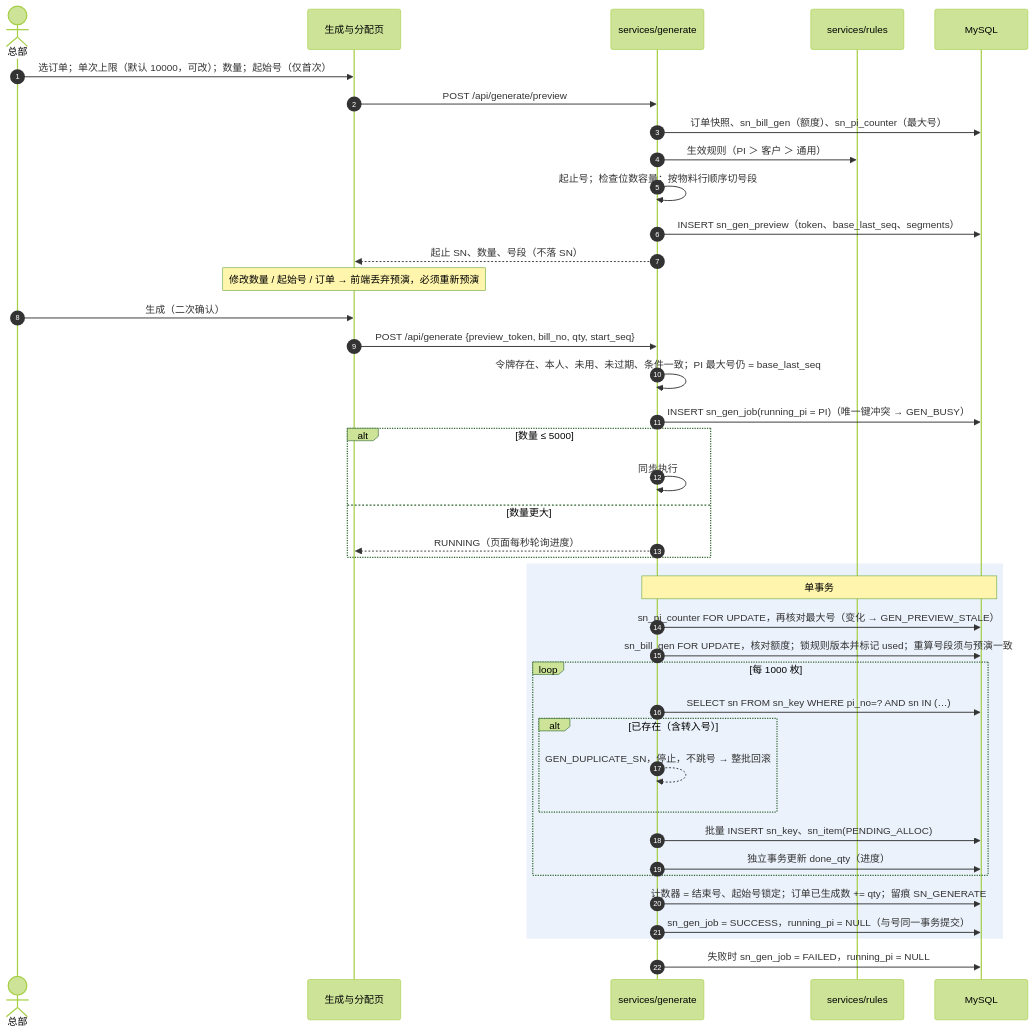
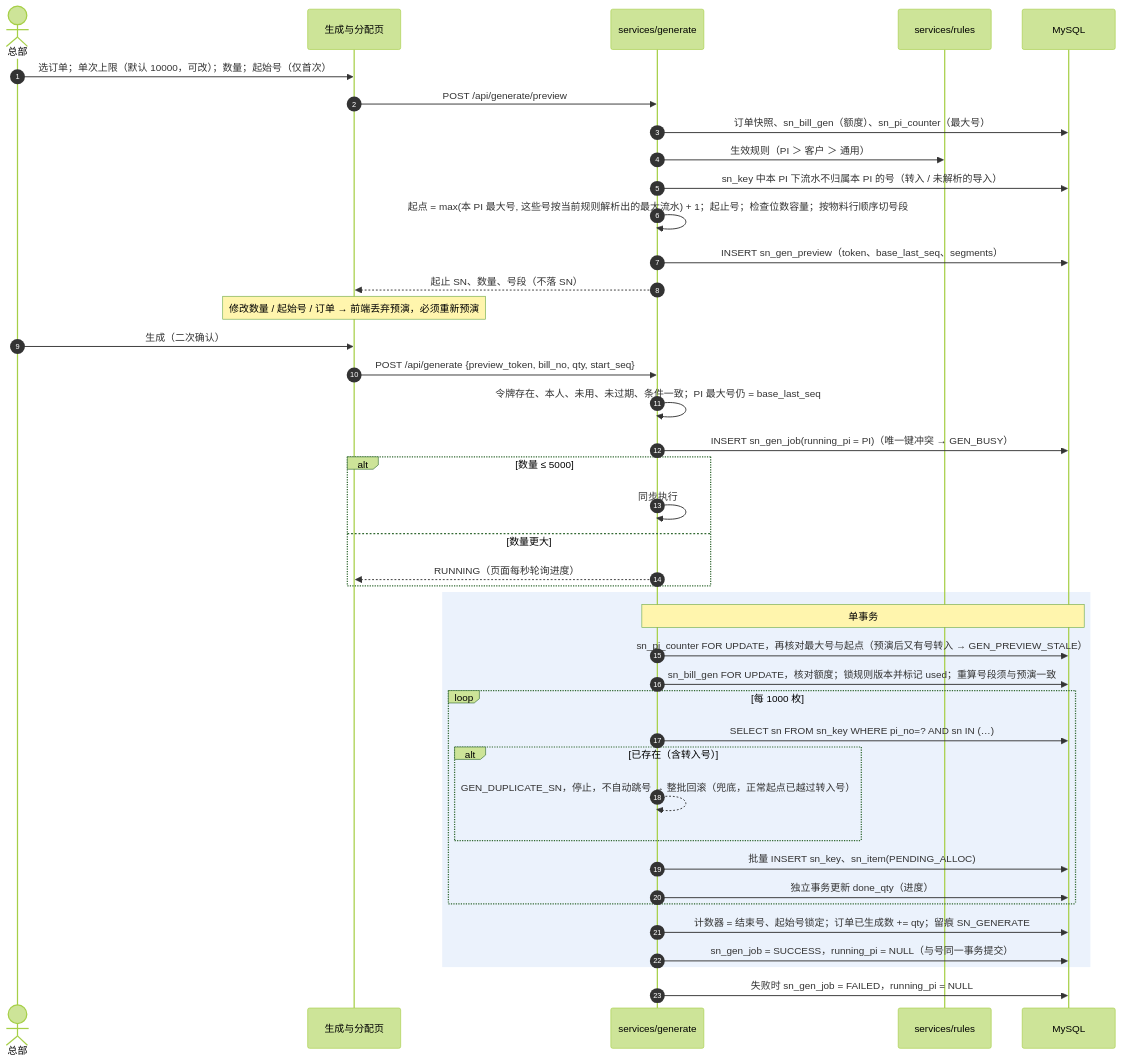
One commit to Createsnow/sn-center changed the sixth of 12 diagrams in docs/技术文档.md. Above: the diagram before and after it, drawn with Mermaid (forest theme). The commit also changed other lines of this file and 21 other files, not shown here.

````diff
--- a/docs/技术文档.md
+++ b/docs/技术文档.md
@@ -213,42 +213,43 @@
 ```mermaid
 sequenceDiagram
     autonumber
     actor H as 总部
     participant W as 生成与分配页
     participant G as services/generate
     participant R as services/rules
     participant DB as MySQL
     H->>W: 选订单；单次上限（默认 10000，可改）；数量；起始号（仅首次）
     W->>G: POST /api/generate/preview
     G->>DB: 订单快照、sn_bill_gen（额度）、sn_pi_counter（最大号）
     G->>R: 生效规则（PI ＞ 客户 ＞ 通用）
-    G->>G: 起止号；检查位数容量；按物料行顺序切号段
+    G->>DB: sn_key 中本 PI 下流水不归属本 PI 的号（转入 / 未解析的导入）
+    G->>G: 起点 = max(本 PI 最大号, 这些号按当前规则解析出的最大流水) + 1；起止号；检查位数容量；按物料行顺序切号段
     G->>DB: INSERT sn_gen_preview（token、base_last_seq、segments）
     G-->>W: 起止 SN、数量、号段（不落 SN）
     Note over W: 修改数量 / 起始号 / 订单 → 前端丢弃预演，必须重新预演
     H->>W: 生成（二次确认）
     W->>G: POST /api/generate {preview_token, bill_no, qty, start_seq}
     G->>G: 令牌存在、本人、未用、未过期、条件一致；PI 最大号仍 = base_last_seq
     G->>DB: INSERT sn_gen_job(running_pi = PI)（唯一键冲突 → GEN_BUSY）
     alt 数量 ≤ 5000
         G->>G: 同步执行
     else 数量更大
         G-->>W: RUNNING（页面每秒轮询进度）
     end
     rect rgb(235, 242, 252)
     Note over G,DB: 单事务
-    G->>DB: sn_pi_counter FOR UPDATE，再核对最大号（变化 → GEN_PREVIEW_STALE）
+    G->>DB: sn_pi_counter FOR UPDATE，再核对最大号与起点（预演后又有号转入 → GEN_PREVIEW_STALE）
     G->>DB: sn_bill_gen FOR UPDATE，核对额度；锁规则版本并标记 used；重算号段须与预演一致
     loop 每 1000 枚
         G->>DB: SELECT sn FROM sn_key WHERE pi_no=? AND sn IN (…)
         alt 已存在（含转入号）
-            G-->>G: GEN_DUPLICATE_SN，停止，不跳号 → 整批回滚
+            G-->>G: GEN_DUPLICATE_SN，停止，不自动跳号 → 整批回滚（兜底，正常起点已越过转入号）
         end
         G->>DB: 批量 INSERT sn_key、sn_item(PENDING_ALLOC)
         G->>DB: 独立事务更新 done_qty（进度）
     end
     G->>DB: 计数器 = 结束号、起始号锁定；订单已生成数 += qty；留痕 SN_GENERATE
     G->>DB: sn_gen_job = SUCCESS，running_pi = NULL（与号同一事务提交）
     end
     G->>DB: 失败时 sn_gen_job = FAILED，running_pi = NULL
 ```
````
